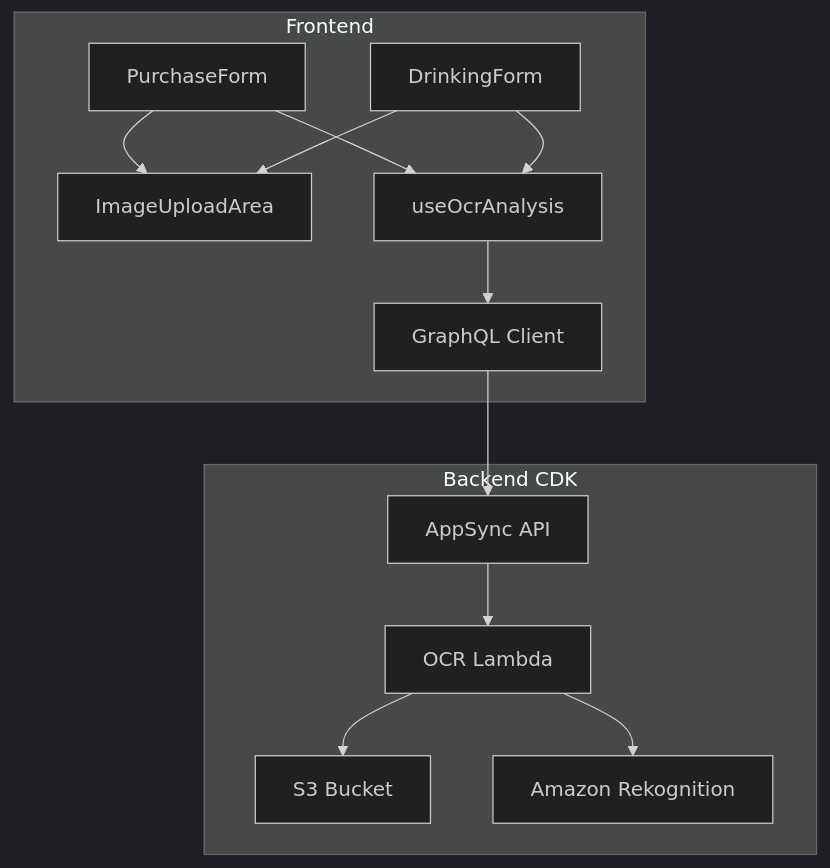
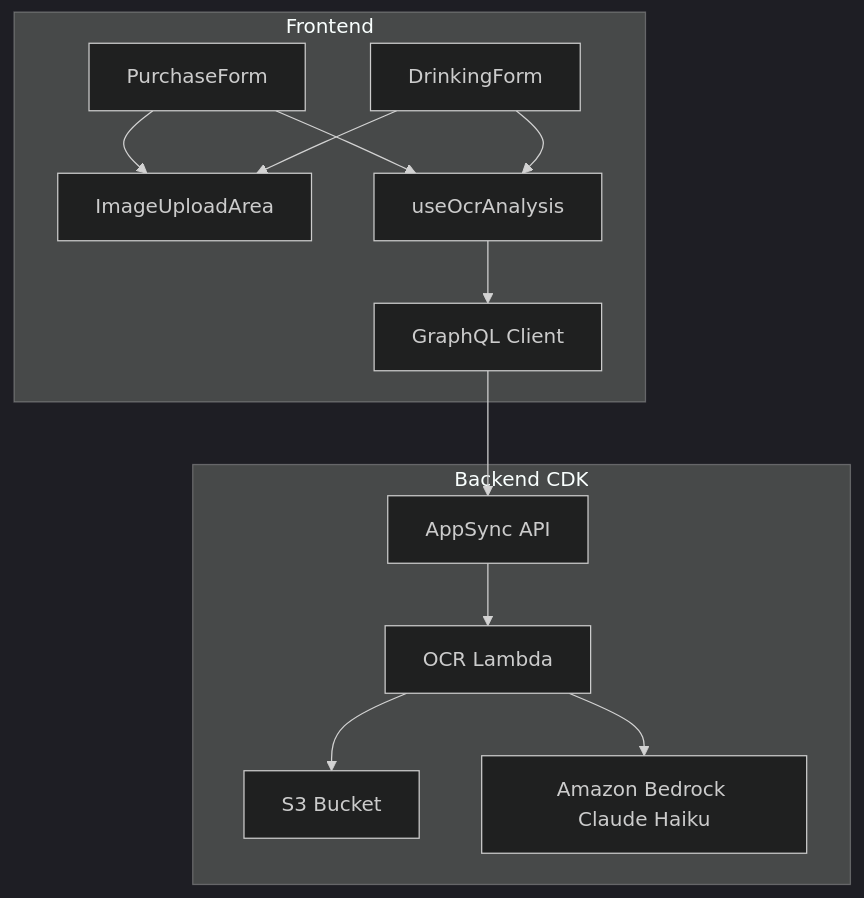
One commit to yuuuuuuu168/sakekasu-builder changed the second of 2 diagrams in .kiro/specs/ai-ocr-sake-name/design.md. Above: the diagram before and after it, drawn with Mermaid (dark theme). The commit also changed other lines of this file and 4 other files, not shown here.

````diff
--- a/.kiro/specs/ai-ocr-sake-name/design.md
+++ b/.kiro/specs/ai-ocr-sake-name/design.md
@@ -48,17 +51,17 @@
 ```mermaid
 graph TD
     subgraph Frontend
         PF[PurchaseForm] --> IUA[ImageUploadArea]
         DF[DrinkingForm] --> IUA
         PF --> useOcr[useOcrAnalysis]
         DF --> useOcr
         useOcr --> GQL[GraphQL Client]
     end
 
     subgraph Backend CDK
         GQL --> AS[AppSync API]
         AS --> OL[OCR Lambda]
         OL --> S3[S3 Bucket]
-        OL --> RK[Amazon Rekognition]
+        OL --> BD[Amazon Bedrock Claude Haiku]
     end
 ```
````
